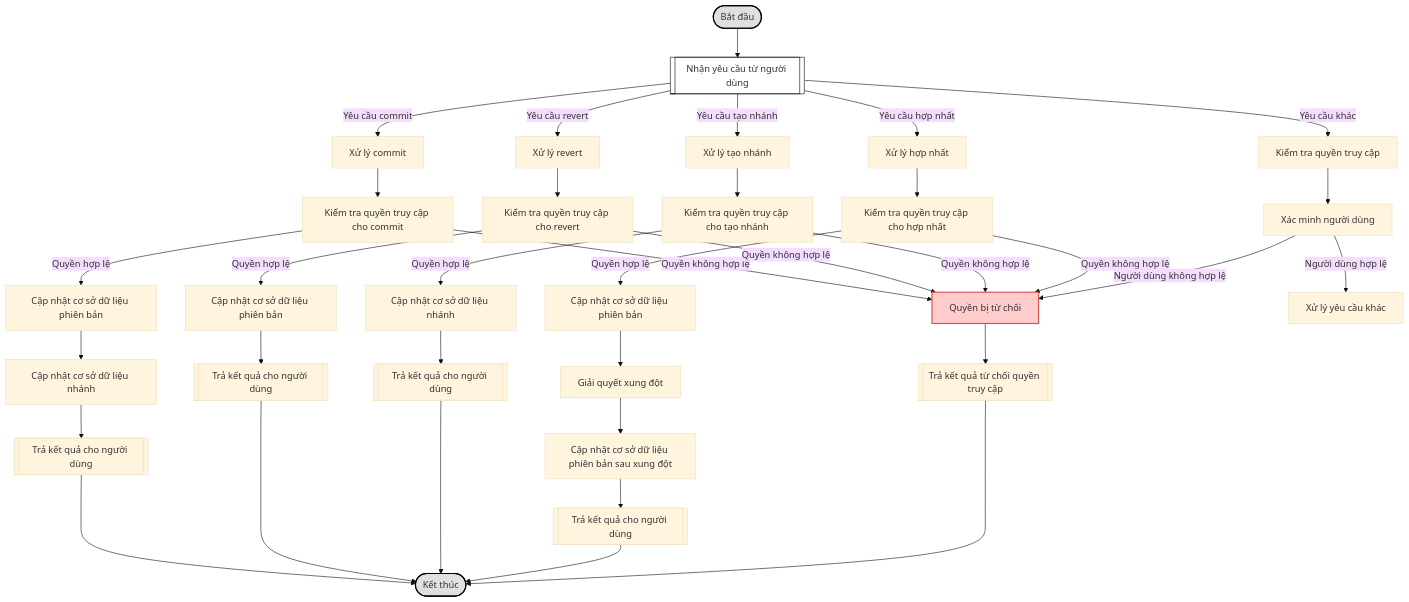
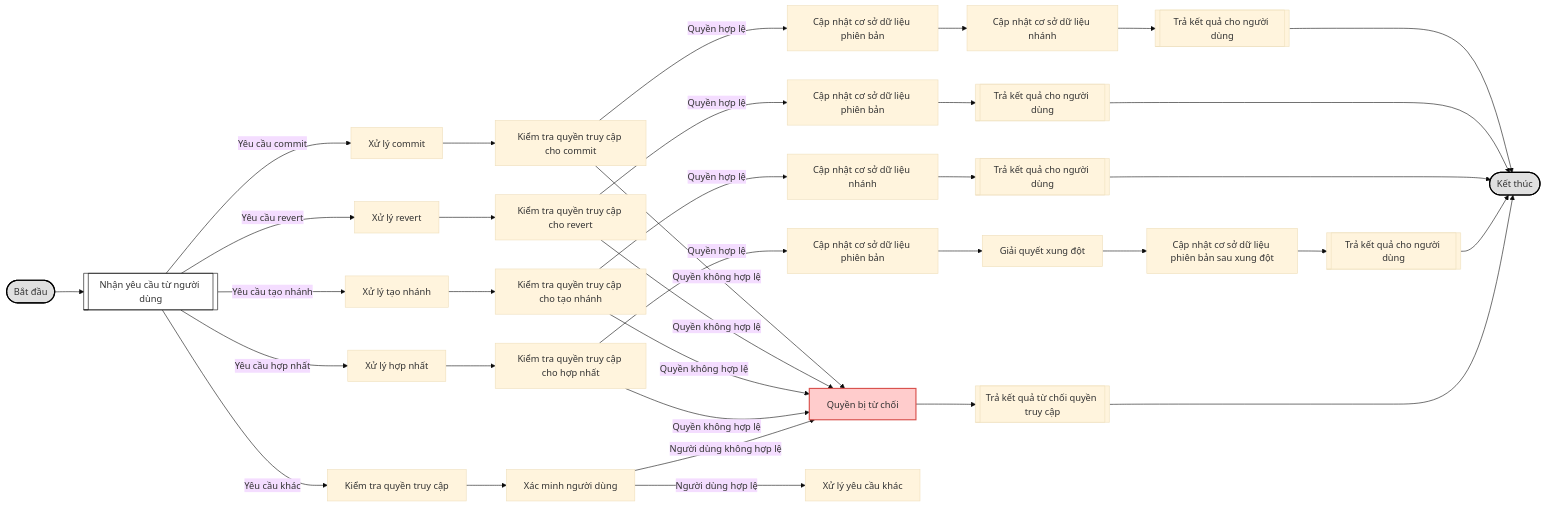
Before and after one commit to nguyensinhloc/DiagramsForDVCS: the fourth of 4 diagrams in README.md, drawn with Mermaid (base theme). The commit also changed other lines of this file, not shown here.

Commit message:
Change approach of algorithmic flowchart from top-down to left-right

````diff
--- a/README.md
+++ b/README.md
@@ -382,60 +382,60 @@
 ```mermaid
-flowchart TD
+flowchart LR
     %% Terminal
     start([Bắt đầu]) --> user_input[[Nhận yêu cầu từ người dùng]]
 
     %% Decision cho các loại yêu cầu
     user_input -->|Yêu cầu commit| process_commit[Xử lý commit]
     user_input -->|Yêu cầu revert| process_revert[Xử lý revert]
     user_input -->|Yêu cầu tạo nhánh| process_create_branch[Xử lý tạo nhánh]
     user_input -->|Yêu cầu hợp nhất| process_merge[Xử lý hợp nhất]
     user_input -->|Yêu cầu khác| check_access_control[Kiểm tra quyền truy cập]
 
     %% Xử lý commit
     process_commit --> check_access_commit[Kiểm tra quyền truy cập cho commit]
     check_access_commit -->|Quyền hợp lệ| update_version_commit[Cập nhật cơ sở dữ liệu phiên bản]
     check_access_commit -->|Quyền không hợp lệ| access_denied[Quyền bị từ chối]
     update_version_commit --> update_branch_commit[Cập nhật cơ sở dữ liệu nhánh]
     update_branch_commit --> output_commit[[Trả kết quả cho người dùng]]
     
     %% Xử lý revert
     process_revert --> check_access_revert[Kiểm tra quyền truy cập cho revert]
     check_access_revert -->|Quyền hợp lệ| update_version_revert[Cập nhật cơ sở dữ liệu phiên bản]
     check_access_revert -->|Quyền không hợp lệ| access_denied
     update_version_revert --> output_revert[[Trả kết quả cho người dùng]]
     
     %% Xử lý tạo nhánh
     process_create_branch --> check_access_branch[Kiểm tra quyền truy cập cho tạo nhánh]
     check_access_branch -->|Quyền hợp lệ| update_branch_create[Cập nhật cơ sở dữ liệu nhánh]
     check_access_branch -->|Quyền không hợp lệ| access_denied
     update_branch_create --> output_create_branch[[Trả kết quả cho người dùng]]
     
     %% Xử lý hợp nhất
     process_merge --> check_access_merge[Kiểm tra quyền truy cập cho hợp nhất]
     check_access_merge -->|Quyền hợp lệ| update_version_merge[Cập nhật cơ sở dữ liệu phiên bản]
     update_version_merge --> resolve_conflict[Giải quyết xung đột]
     resolve_conflict --> update_version_conflict[Cập nhật cơ sở dữ liệu phiên bản sau xung đột]
     check_access_merge -->|Quyền không hợp lệ| access_denied
     update_version_conflict --> output_merge[[Trả kết quả cho người dùng]]
 
     %% Kiểm tra quyền truy cập cho các yêu cầu khác
     check_access_control --> verify_user[Xác minh người dùng]
     verify_user -->|Người dùng hợp lệ| process_request[Xử lý yêu cầu khác]
     verify_user -->|Người dùng không hợp lệ| access_denied
 
     %% Quyền bị từ chối
     access_denied --> output_access_denied[[Trả kết quả từ chối quyền truy cập]]
 
     %% Connectors
     output_commit --> finish([Kết thúc])
     output_revert --> finish
     output_create_branch --> finish
     output_merge --> finish
     output_access_denied --> finish
 
     %% Style
     style start fill:#e0e0e0,stroke:#000,stroke-width:2px;
     style finish fill:#e0e0e0,stroke:#000,stroke-width:2px;
     style user_input fill:#fff,stroke:#000,stroke-width:1px;
     style access_denied fill:#ffcccc,stroke:#d9534f,stroke-width:2px;
 ```
````
